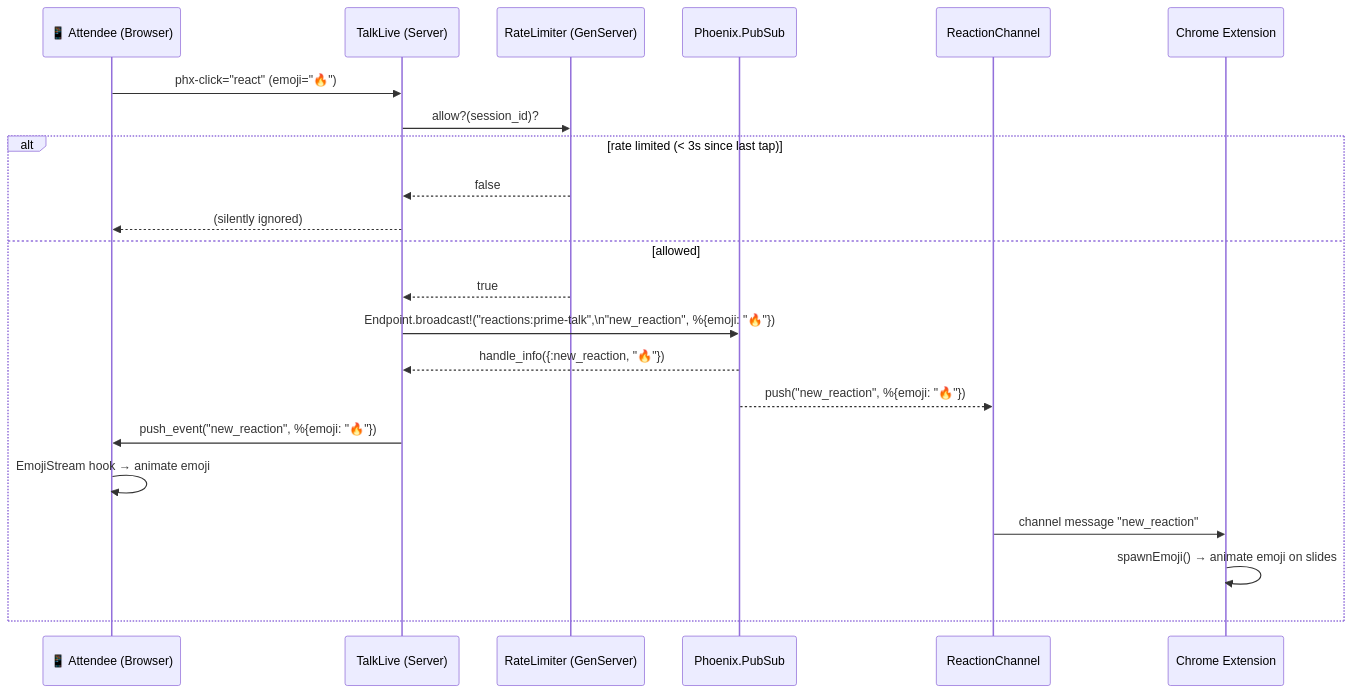
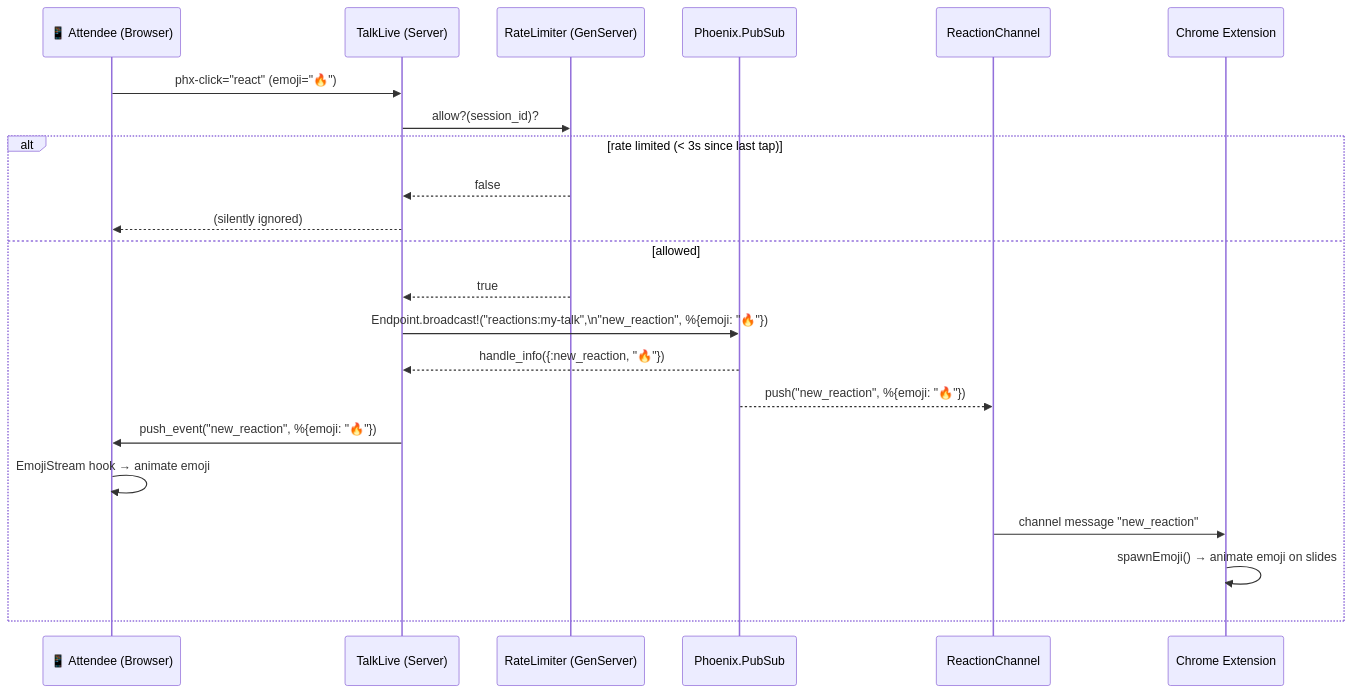
Before and after one commit to grymoire7/joyconf: the second of 5 diagrams in docs/explainer.md, drawn with Mermaid. The commit also changed other lines of this file, not shown here.

Commit message:
docs: scrub prime refs

````diff
--- a/docs/explainer.md
+++ b/docs/explainer.md
@@ -108,25 +108,25 @@
 ```mermaid
 sequenceDiagram
     participant Phone as 📱 Attendee (Browser)
     participant LV as TalkLive (Server)
     participant RL as RateLimiter (GenServer)
     participant PS as Phoenix.PubSub
     participant CH as ReactionChannel
     participant EXT as Chrome Extension
 
     Phone->>LV: phx-click="react" (emoji="🔥")
     LV->>RL: allow?(session_id)?
     alt rate limited (< 3s since last tap)
         RL-->>LV: false
         LV-->>Phone: (silently ignored)
     else allowed
         RL-->>LV: true
-        LV->>PS: Endpoint.broadcast!("reactions:prime-talk",\n"new_reaction", %{emoji: "🔥"})
+        LV->>PS: Endpoint.broadcast!("reactions:my-talk",\n"new_reaction", %{emoji: "🔥"})
         PS-->>LV: handle_info({:new_reaction, "🔥"})
         PS-->>CH: push("new_reaction", %{emoji: "🔥"})
         LV->>Phone: push_event("new_reaction", %{emoji: "🔥"})
         Phone->>Phone: EmojiStream hook → animate emoji
         CH->>EXT: channel message "new_reaction"
         EXT->>EXT: spawnEmoji() → animate emoji on slides
     end
 ```
````
